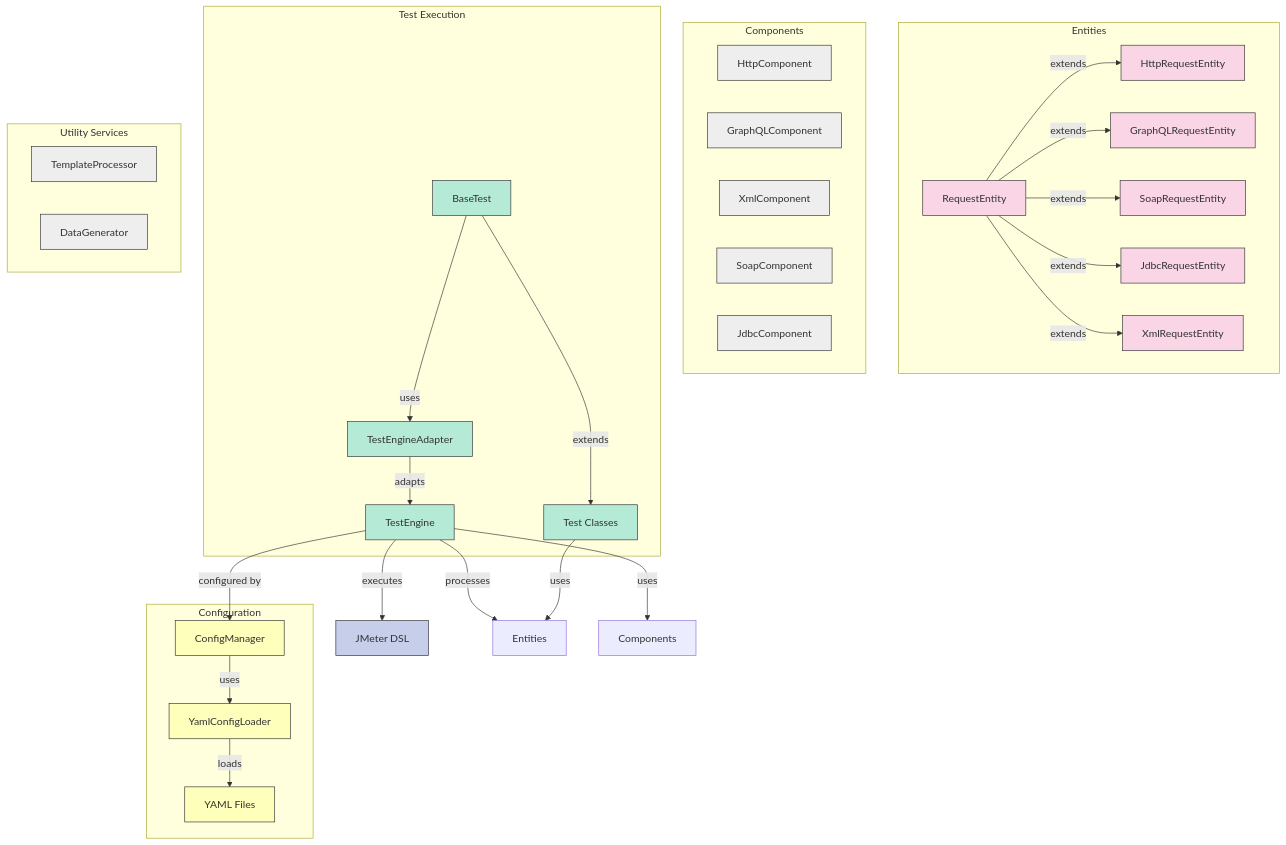
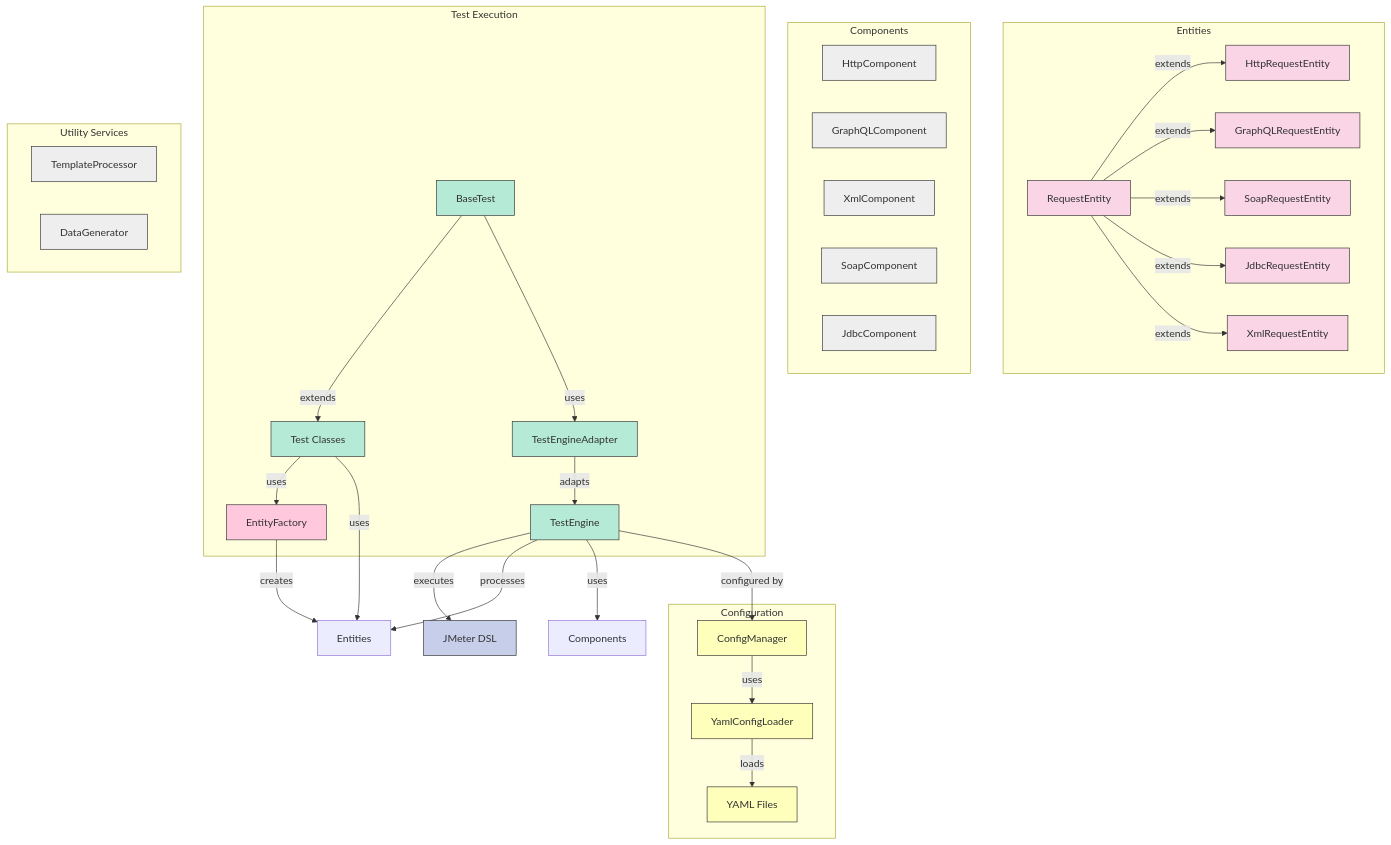
The first of 2 diagrams in README.md (TestAutomationMultiverse/PerformanceAutomationFramework), drawn with Mermaid before and after one commit. The commit also changed other lines of this file and 211 other files, not shown here.

````diff
--- a/README.md
+++ b/README.md
@@ -95,61 +272,65 @@
 ```mermaid
 graph TD
     classDef entity fill:#f9d5e5,stroke:#333,stroke-width:1px
     classDef component fill:#eeeeee,stroke:#333,stroke-width:1px
     classDef system fill:#b5ead7,stroke:#333,stroke-width:1px
     classDef external fill:#c7ceea,stroke:#333,stroke-width:1px
     classDef config fill:#fdffba,stroke:#333,stroke-width:1px
+    classDef factory fill:#ffc8dd,stroke:#333,stroke-width:1px
 
     A[TestEngine] -->|executes| B[JMeter DSL]
     A -->|processes| C[Entities]
     A -->|uses| D[Components]
+    EF[EntityFactory] -->|creates| C
     
     subgraph Entities[Entities]
         C1[RequestEntity] -->|extends| C2[HttpRequestEntity]
         C1 -->|extends| C3[GraphQLRequestEntity]
         C1 -->|extends| C4[SoapRequestEntity]
         C1 -->|extends| C5[JdbcRequestEntity]
         C1 -->|extends| C6[XmlRequestEntity]
     end
     
     subgraph Components[Components]
         D1[HttpComponent]
         D2[GraphQLComponent]
         D3[XmlComponent]
         D4[SoapComponent]
         D5[JdbcComponent]
     end
     
     subgraph ConfigSystem[Configuration]
         E1[ConfigManager]
         E2[YamlConfigLoader]
         E3[YAML Files]
         E2 -->|loads| E3
         E1 -->|uses| E2
     end
     
     subgraph TestExecution[Test Execution]
         F1[TestEngineAdapter]
         F2[BaseTest]
         F3[Test Classes]
         F2 -->|extends| F3
         F1 -->|adapts| A
         F2 -->|uses| F1
+        F3 -->|uses| EF
     end
     
     subgraph UtilityServices[Utility Services]
         G1[TemplateProcessor]
         G2[DataGenerator]
     end
     
     A -->|configured by| E1
     F3 -->|uses| C
     
     class A system
     class B external
     class C1,C2,C3,C4,C5,C6 entity
     class D1,D2,D3,D4,D5 component
     class E1,E2,E3 config
     class F1,F2,F3 system
     class G1,G2 component
+    class EF factory
 ```
````
